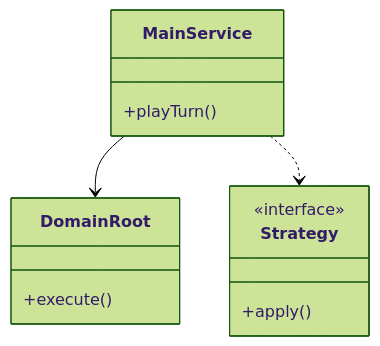
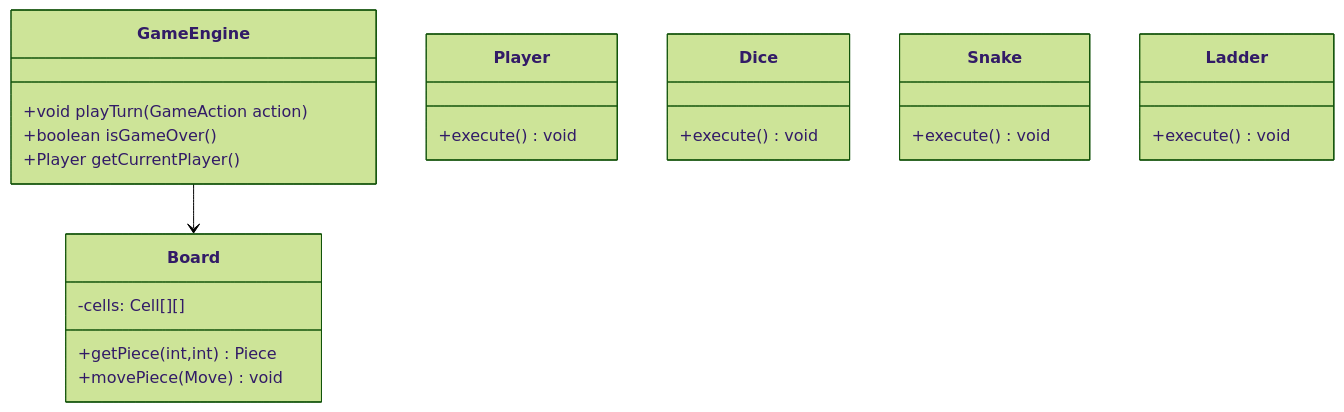
Before and after one commit to madhupaila/Interview-Prep-SSE: the first of 3 diagrams in Learn/System Design - Low Level Design/02-classic-ood/questions/Q08-snake-and-ladder.md, drawn with Mermaid (forest theme). The commit also changed other lines of this file and 491 other files, not shown here.

````diff
--- a/Learn/System Design - Low Level Design/02-classic-ood/questions/Q08-snake-and-ladder.md
+++ b/Learn/System Design - Low Level Design/02-classic-ood/questions/Q08-snake-and-ladder.md
@@ -75,15 +92,26 @@
 ```mermaid
 classDiagram
-    class MainService {
-        +playTurn()
+    class GameEngine {
+        +void playTurn(GameAction action)
+        +boolean isGameOver()
+        +Player getCurrentPlayer()
     }
-    class DomainRoot {
-        +execute()
+    class Board {
+        -cells: Cell[][]
+        +getPiece(int,int) Piece
+        +movePiece(Move) void
     }
-    class Strategy {
-        <<interface>>
-        +apply()
+    class Player {
+        +execute() void
     }
-    MainService --> DomainRoot
-    MainService ..> Strategy
+    class Dice {
+        +execute() void
+    }
+    class Snake {
+        +execute() void
+    }
+    class Ladder {
+        +execute() void
+    }
+    GameEngine --> Board
 ```
````
